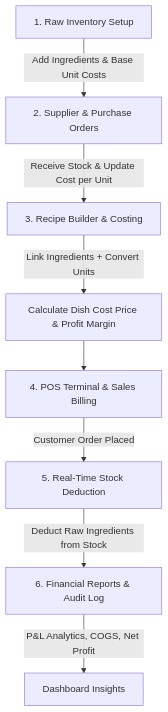
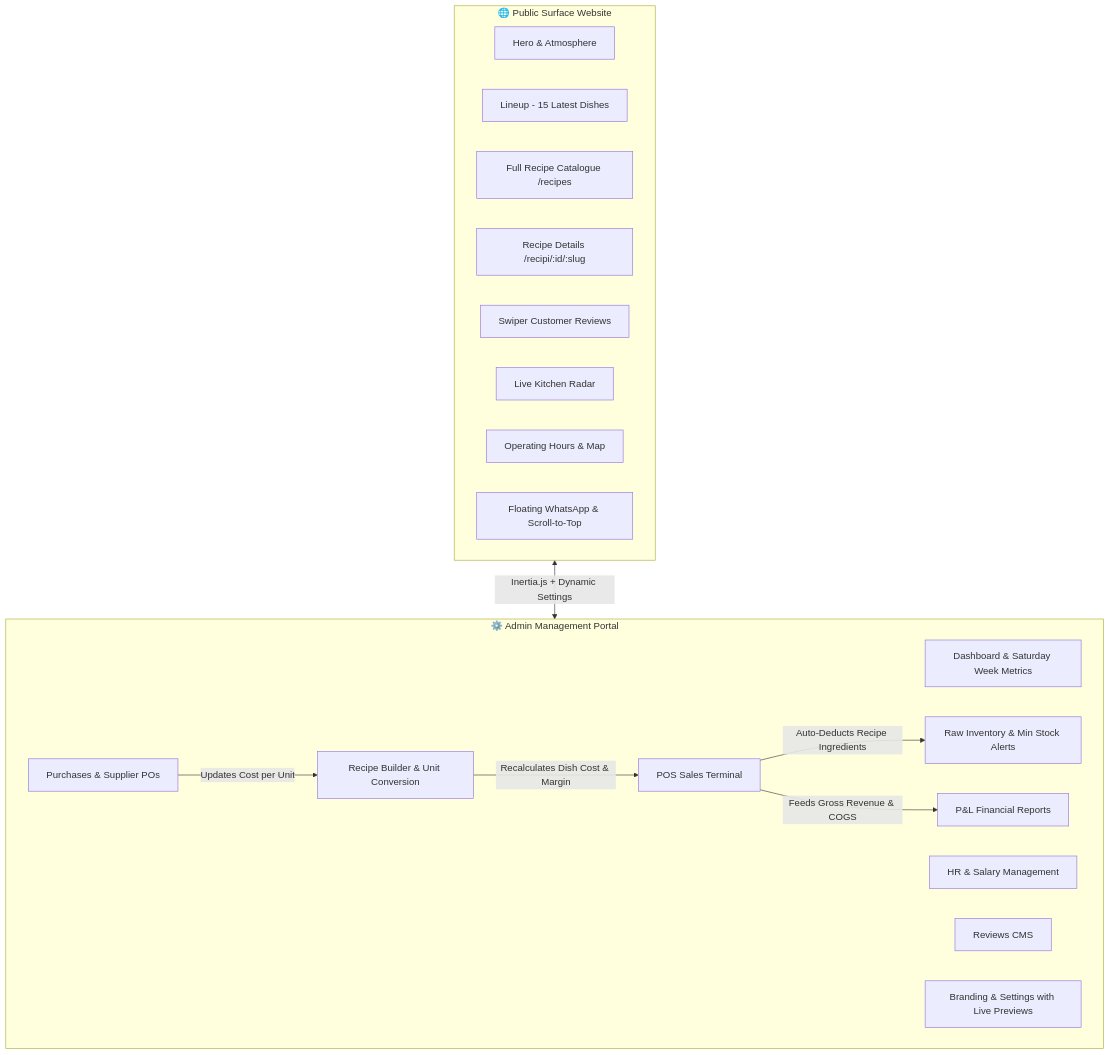
One commit to theCoder505/restaurant_inventory_management changed the first of 2 diagrams in README.md. Above: the diagram before and after it, drawn with Mermaid. The commit also changed other lines of this file and 36 other files, not shown here.

````diff
--- a/README.md
+++ b/README.md
@@ -47,10 +38,31 @@
 ```mermaid
-flowchart TD
-    A[1. Raw Inventory Setup] -->|Add Ingredients & Base Unit Costs| B[2. Supplier & Purchase Orders]
-    B -->|Receive Stock & Update Cost per Unit| C[3. Recipe Builder & Costing]
-    C -->|Link Ingredients + Convert Units| D[Calculate Dish Cost Price & Profit Margin]
-    D --> E[4. POS Terminal & Sales Billing]
-    E -->|Customer Order Placed| F[5. Real-Time Stock Deduction]
-    F -->|Deduct Raw Ingredients from Stock| G[6. Financial Reports & Audit Log]
-    G -->|P&L Analytics, COGS, Net Profit| H[Dashboard Insights]
+graph TB
+    subgraph Public_Surface["🌐 Public Surface Website"]
+        A[Hero & Atmosphere]
+        B[Lineup - 15 Latest Dishes]
+        C[Full Recipe Catalogue /recipes]
+        D[Recipe Details /recipi/:id/:slug]
+        E[Swiper Customer Reviews]
+        F[Live Kitchen Radar]
+        G[Operating Hours & Map]
+        H[Floating WhatsApp & Scroll-to-Top]
+    end
+
+    subgraph Admin_Portal["⚙️ Admin Management Portal"]
+        I[Dashboard & Saturday Week Metrics]
+        J[POS Sales Terminal]
+        K[Raw Inventory & Min Stock Alerts]
+        L[Recipe Builder & Unit Conversion]
+        M[Purchases & Supplier POs]
+        N[P&L Financial Reports]
+        O[HR & Salary Management]
+        P[Reviews CMS]
+        Q[Branding & Settings with Live Previews]
+    end
+
+    Public_Surface <-->|Inertia.js + Dynamic Settings| Admin_Portal
+    J -->|Auto-Deducts Recipe Ingredients| K
+    M -->|Updates Cost per Unit| L
+    L -->|Recalculates Dish Cost & Margin| J
+    J -->|Feeds Gross Revenue & COGS| N
 ```
````
